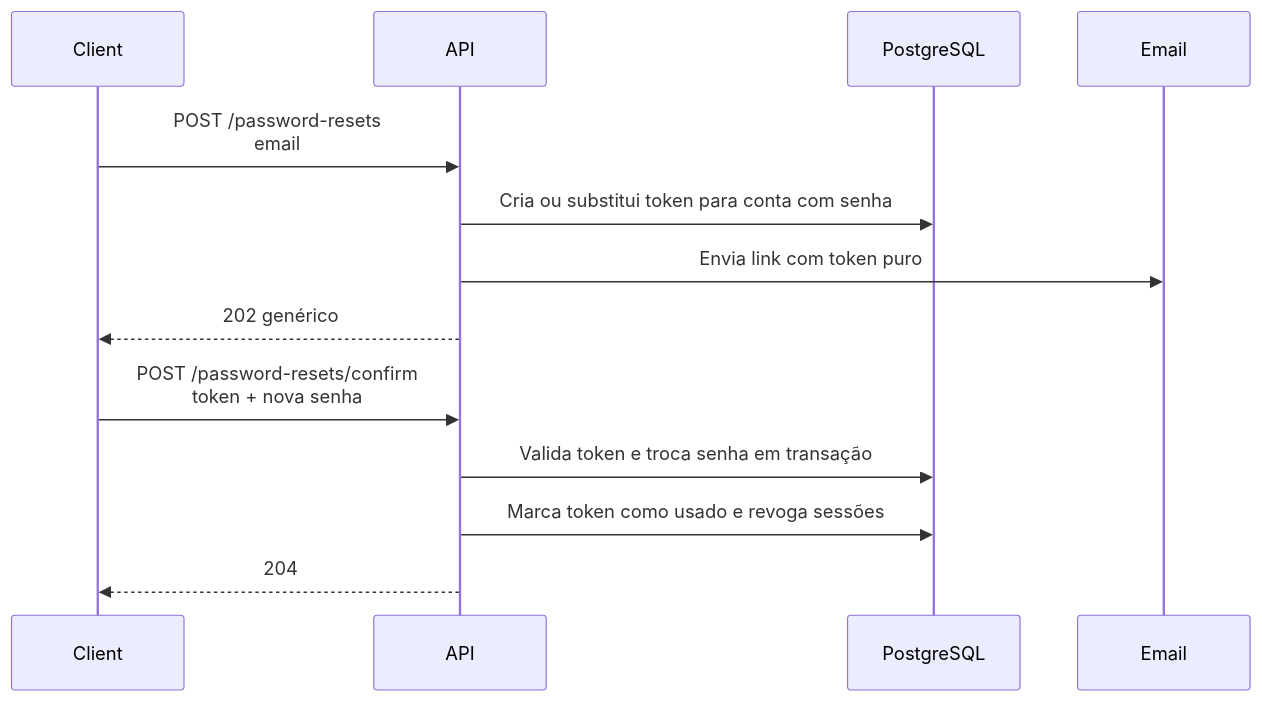
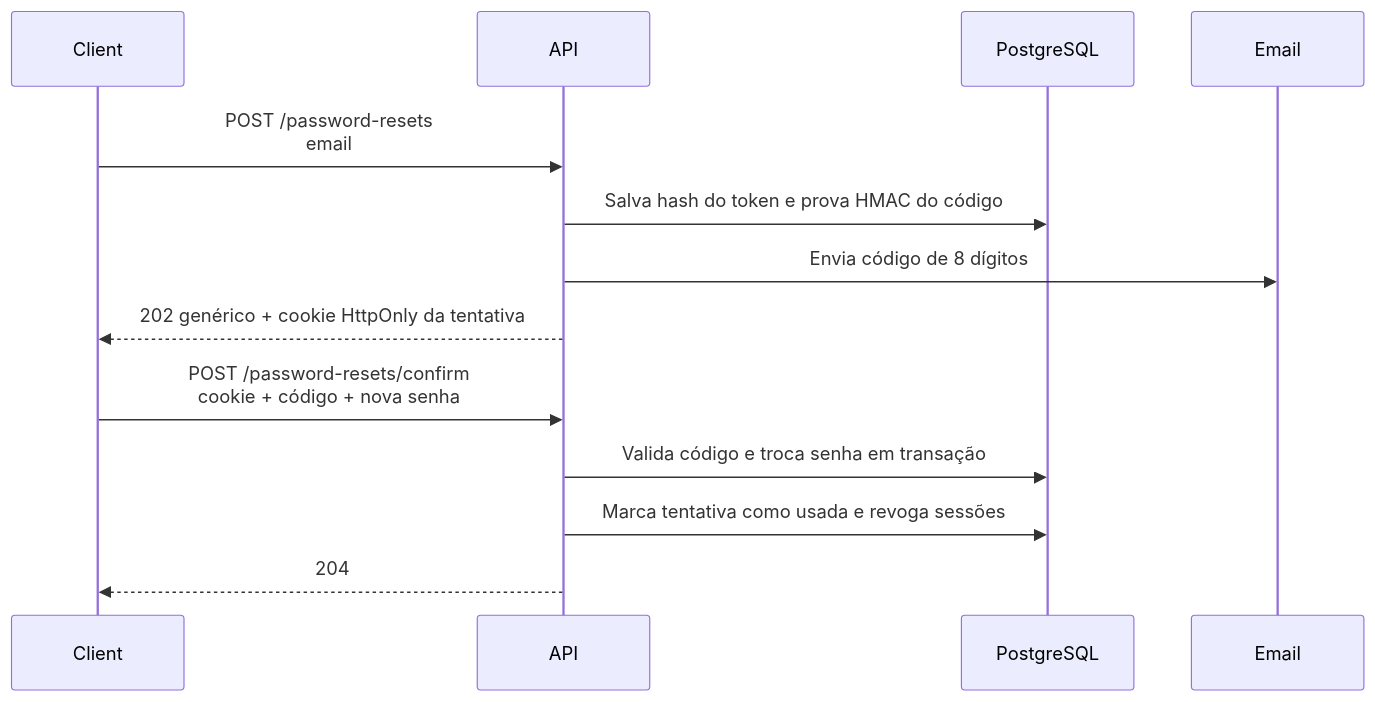
The tenth of 10 diagrams in docs/authentication.md (fredsaggio/shortbit), drawn with Mermaid before and after one commit. The commit also changed other lines of this file and 2 other files, not shown here.

````diff
--- a/docs/authentication.md
+++ b/docs/authentication.md
@@ -210,16 +210,16 @@
 ```mermaid
 sequenceDiagram
     participant Client
     participant API
     participant DB as PostgreSQL
     participant Email
 
     Client->>API: POST /password-resets<br/>email
-    API->>DB: Cria ou substitui token para conta com senha
-    API->>Email: Envia link com token puro
-    API-->>Client: 202 genérico
-    Client->>API: POST /password-resets/confirm<br/>token + nova senha
-    API->>DB: Valida token e troca senha em transação
-    API->>DB: Marca token como usado e revoga sessões
+    API->>DB: Salva hash do token e prova HMAC do código
+    API->>Email: Envia código de 8 dígitos
+    API-->>Client: 202 genérico + cookie HttpOnly da tentativa
+    Client->>API: POST /password-resets/confirm<br/>cookie + código + nova senha
+    API->>DB: Valida código e troca senha em transação
+    API->>DB: Marca tentativa como usada e revoga sessões
     API-->>Client: 204
 ```
````
